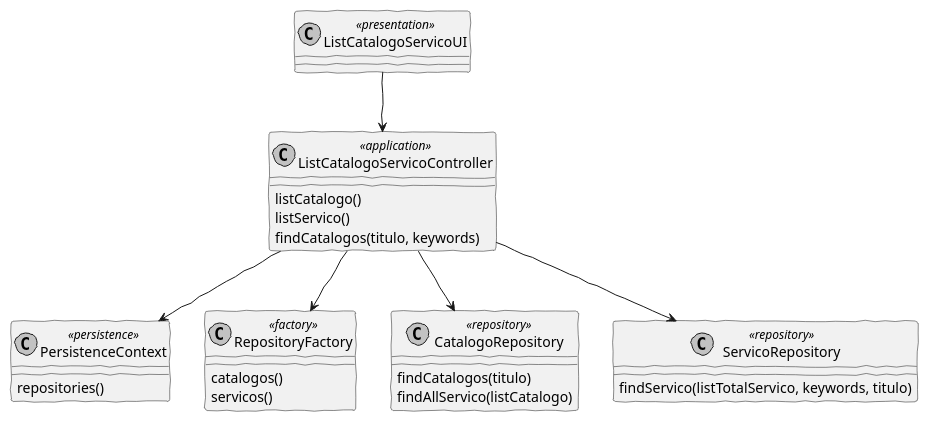
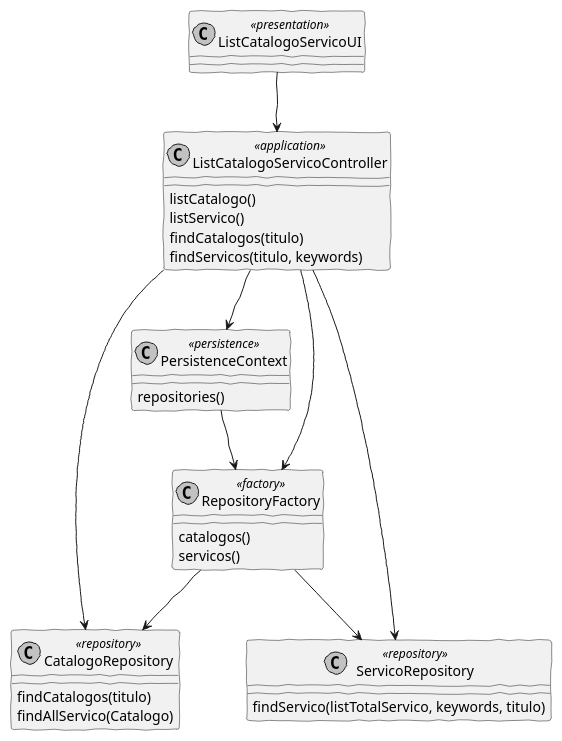
One commit to pedrolemos4/LAPR4 changed the diagram in docs/US3001/CD3001.puml. Above: the diagram before and after it, drawn with PlantUML. The commit also changed 6 other files, not shown here.

```diff
--- a/docs/US3001/CD3001.puml
+++ b/docs/US3001/CD3001.puml
@@ -1,35 +1,40 @@
 @startuml
 'http://plantuml.com/skinparam.html
 skinparam handwritten true
 skinparam monochrome true
 skinparam packageStyle rect
 skinparam defaultFontName FG Virgil
 skinparam shadowing false
 
 class ListCatalogoServicoUI <<presentation>>
 class ListCatalogoServicoController <<application>>
 class PersistenceContext <<persistence>>
 class RepositoryFactory <<factory>>
 class CatalogoRepository <<repository>>
 class ServicoRepository <<repository>>
 
 
 ListCatalogoServicoUI --> ListCatalogoServicoController
 ListCatalogoServicoController : listCatalogo()
 ListCatalogoServicoController : listServico()
 
-ListCatalogoServicoController : findCatalogos(titulo, keywords)
+ListCatalogoServicoController : findCatalogos(titulo)
+ListCatalogoServicoController : findServicos(titulo, keywords)
 
 ListCatalogoServicoController --> CatalogoRepository
 ListCatalogoServicoController --> ServicoRepository
 ListCatalogoServicoController --> PersistenceContext
 PersistenceContext : repositories()
 ListCatalogoServicoController --> RepositoryFactory
 RepositoryFactory : catalogos()
 RepositoryFactory : servicos()
 
+PersistenceContext --> RepositoryFactory
+RepositoryFactory --> CatalogoRepository
+RepositoryFactory --> ServicoRepository
+
 CatalogoRepository : findCatalogos(titulo)
-CatalogoRepository : findAllServico(listCatalogo)
+CatalogoRepository : findAllServico(Catalogo)
 
 ServicoRepository : findServico(listTotalServico, keywords, titulo)
 @enduml
```
